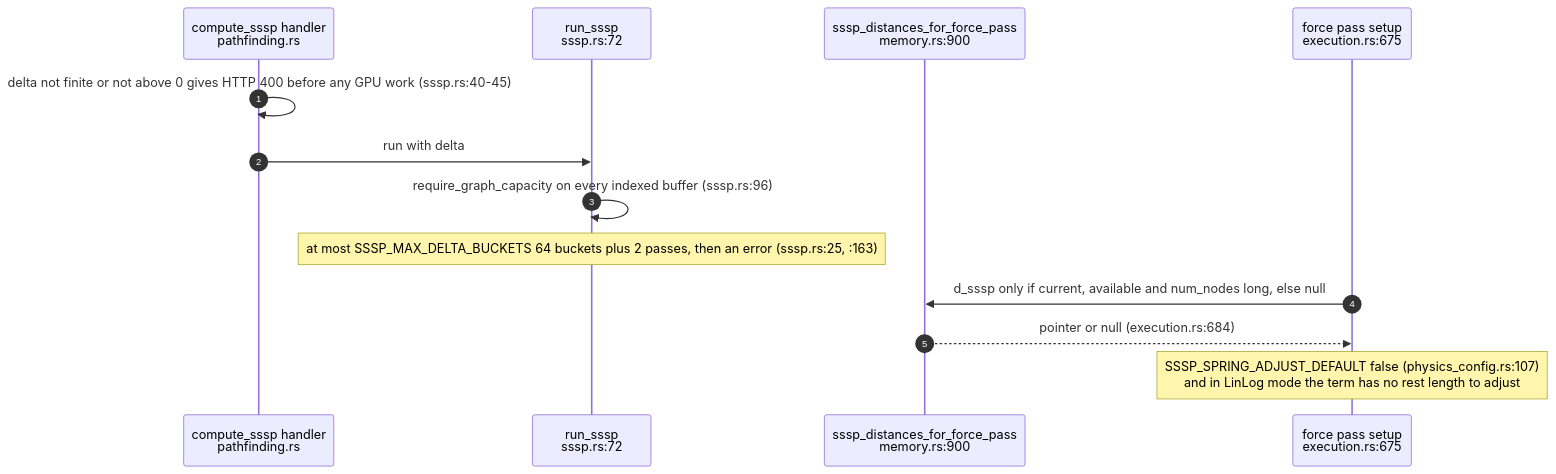
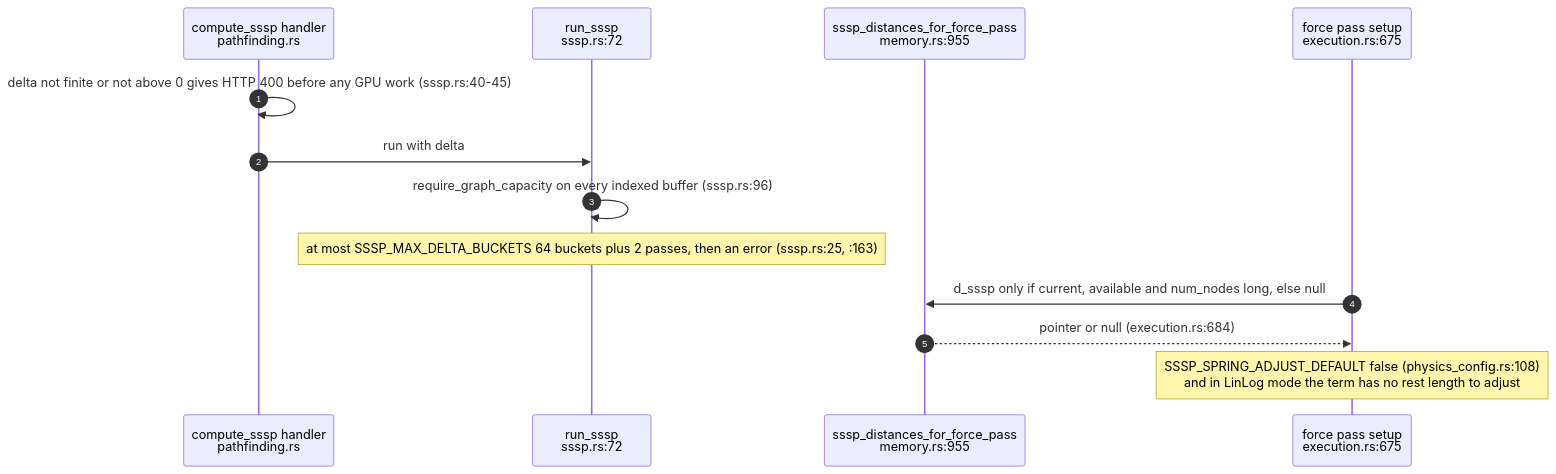
Before and after one commit to DreamLab-AI/VisionFlow: the third of 5 diagrams in docs/diagrams/visionclaw/60-gpu-buffer-lifecycle-and-kernel-harness.md, drawn with Mermaid. The commit also changed other lines of this file and 2 other files, not shown here.

First line of the commit message:
diagrams(visionclaw): re-verify VC-59, VC-60, VC-61 at visionclaw 4900ec60b

````diff
--- a/docs/diagrams/visionclaw/60-gpu-buffer-lifecycle-and-kernel-harness.md
+++ b/docs/diagrams/visionclaw/60-gpu-buffer-lifecycle-and-kernel-harness.md
@@ -73,15 +73,15 @@
 ```mermaid
 sequenceDiagram
     autonumber
     participant API as compute_sssp handler<br/>pathfinding.rs
     participant RUN as run_sssp<br/>sssp.rs:72
-    participant MEM as sssp_distances_for_force_pass<br/>memory.rs:900
+    participant MEM as sssp_distances_for_force_pass<br/>memory.rs:955
     participant EX as force pass setup<br/>execution.rs:675
     API->>API: delta not finite or not above 0 gives HTTP 400 before any GPU work (sssp.rs:40-45)
     API->>RUN: run with delta
     RUN->>RUN: require_graph_capacity on every indexed buffer (sssp.rs:96)
     Note over RUN: at most SSSP_MAX_DELTA_BUCKETS 64 buckets plus 2 passes, then an error (sssp.rs:25, :163)
     EX->>MEM: d_sssp only if current, available and num_nodes long, else null
     MEM-->>EX: pointer or null (execution.rs:684)
-    Note over EX: SSSP_SPRING_ADJUST_DEFAULT false (physics_config.rs:107)<br/>and in LinLog mode the term has no rest length to adjust
+    Note over EX: SSSP_SPRING_ADJUST_DEFAULT false (physics_config.rs:108)<br/>and in LinLog mode the term has no rest length to adjust
 ```
````
